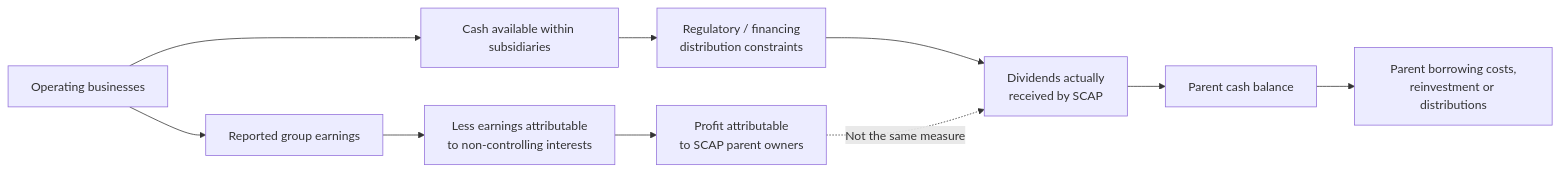
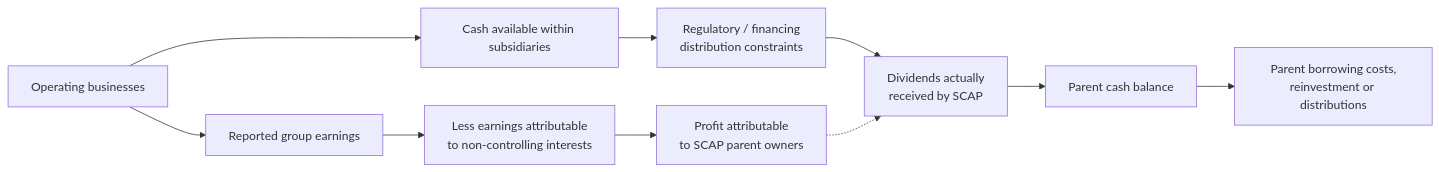
The second of 3 diagrams in reports/business-model.md (Gajarthan/SCAP-N0000-Research), drawn with Mermaid before and after one commit. The commit also changed 4 other files, not shown here.

Commit message:
docs(visual): improve multilingual headings and simplify Mermaid edge syntax

````diff
--- a/reports/business-model.md
+++ b/reports/business-model.md
@@ -35,12 +35,12 @@
 ```mermaid
 flowchart LR
   OPS["Operating businesses"] --> E["Reported group earnings"]
   E --> N["Less earnings attributable<br/>to non-controlling interests"]
   N --> AP["Profit attributable<br/>to SCAP parent owners"]
   OPS --> CASH["Cash available within subsidiaries"]
   CASH --> R["Regulatory / financing<br/>distribution constraints"]
   R --> DIV["Dividends actually<br/>received by SCAP"]
   DIV --> PARENT["Parent cash balance"]
   PARENT --> USE["Parent borrowing costs,<br/>reinvestment or distributions"]
-  AP -. "Not the same measure" .-> DIV
+  AP -.-> DIV
 ```
````
